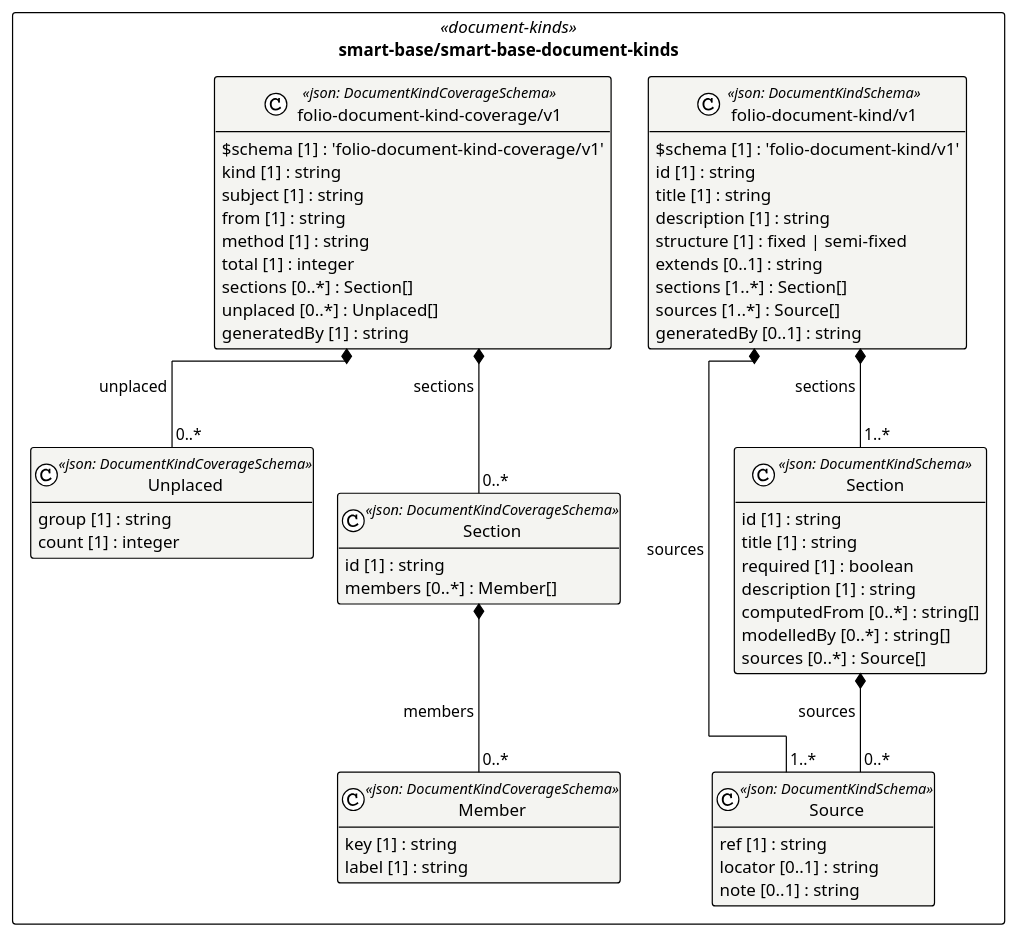
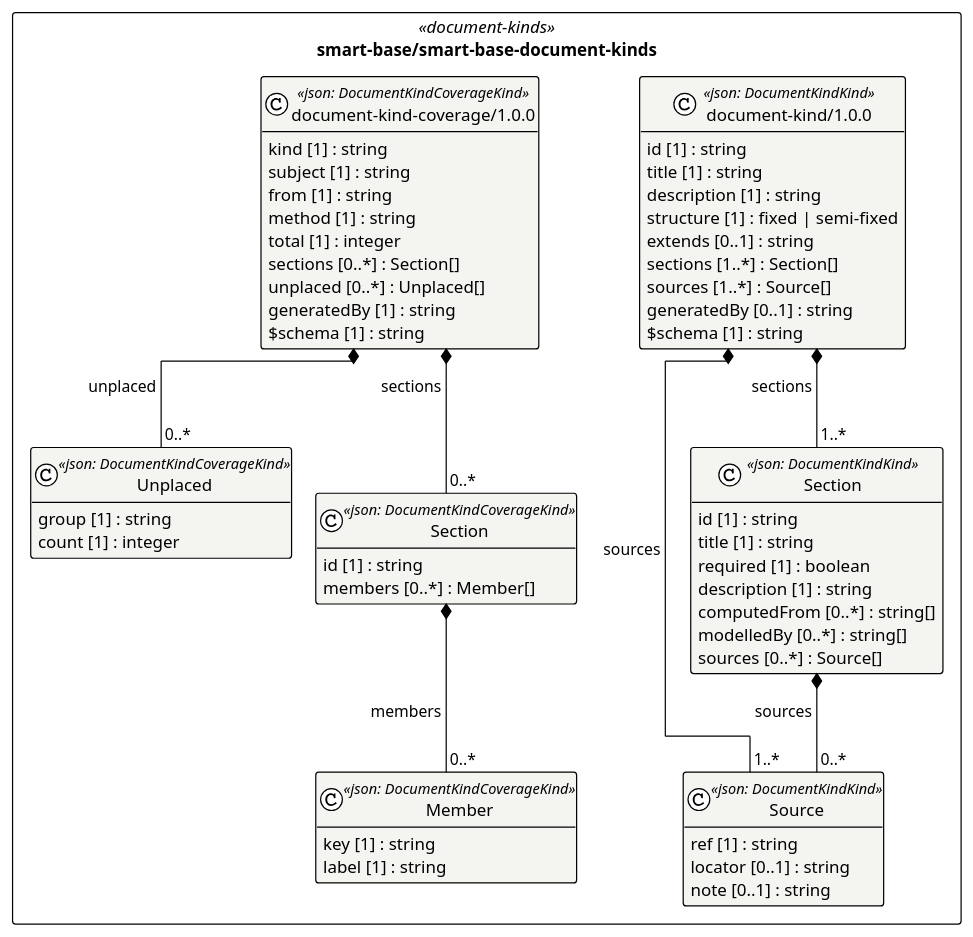
One commit to litlfred/folio-assistant changed the diagram in cat-harness/uml/overview/smart-base/smart-base-document-kinds.puml. Above: the diagram before and after it, drawn with PlantUML. The commit also changed 54 other files, not shown here.

```diff
--- a/cat-harness/uml/overview/smart-base/smart-base-document-kinds.puml
+++ b/cat-harness/uml/overview/smart-base/smart-base-document-kinds.puml
@@ -3,66 +3,66 @@
 @startuml smart_base_smart_base_document_kinds
 !pragma layout elk
 !theme plain
 skinparam classAttributeIconSize 0
 skinparam shadowing false
 skinparam packageStyle rectangle
 hide empty methods
 
 package "smart-base/smart-base-document-kinds" as pkg_smart_base_smart_base_document_kinds <<document-kinds>> {
-  class "Source" as smart_base_smart_base_document_kinds_folio_document_kind_v1_Source <<json: DocumentKindSchema>> #f4f4f1 {
+  class "Source" as smart_base_smart_base_document_kinds_document_kind_1_0_0_Source <<json: DocumentKindKind>> #f4f4f1 {
     ref [1] : string
     locator [0..1] : string
     note [0..1] : string
   }
-  class "Section" as smart_base_smart_base_document_kinds_folio_document_kind_v1_Section <<json: DocumentKindSchema>> #f4f4f1 {
+  class "Section" as smart_base_smart_base_document_kinds_document_kind_1_0_0_Section <<json: DocumentKindKind>> #f4f4f1 {
     id [1] : string
     title [1] : string
     required [1] : boolean
     description [1] : string
     computedFrom [0..*] : string[]
     modelledBy [0..*] : string[]
     sources [0..*] : Source[]
   }
-  class "folio-document-kind/v1" as smart_base_smart_base_document_kinds_folio_document_kind_v1_folio_document_kind_v1 <<json: DocumentKindSchema>> #f4f4f1 {
-    $schema [1] : 'folio-document-kind/v1'
+  class "document-kind/1.0.0" as smart_base_smart_base_document_kinds_document_kind_1_0_0_document_kind_1_0_0 <<json: DocumentKindKind>> #f4f4f1 {
     id [1] : string
     title [1] : string
     description [1] : string
     structure [1] : fixed | semi-fixed
     extends [0..1] : string
     sections [1..*] : Section[]
     sources [1..*] : Source[]
     generatedBy [0..1] : string
+    $schema [1] : string
   }
-  class "Member" as smart_base_smart_base_document_kinds_folio_document_kind_coverage_v1_Member <<json: DocumentKindCoverageSchema>> #f4f4f1 {
+  class "Member" as smart_base_smart_base_document_kinds_document_kind_coverage_1_0_0_Member <<json: DocumentKindCoverageKind>> #f4f4f1 {
     key [1] : string
     label [1] : string
   }
-  class "Section" as smart_base_smart_base_document_kinds_folio_document_kind_coverage_v1_Section <<json: DocumentKindCoverageSchema>> #f4f4f1 {
+  class "Section" as smart_base_smart_base_document_kinds_document_kind_coverage_1_0_0_Section <<json: DocumentKindCoverageKind>> #f4f4f1 {
     id [1] : string
     members [0..*] : Member[]
   }
-  class "Unplaced" as smart_base_smart_base_document_kinds_folio_document_kind_coverage_v1_Unplaced <<json: DocumentKindCoverageSchema>> #f4f4f1 {
+  class "Unplaced" as smart_base_smart_base_document_kinds_document_kind_coverage_1_0_0_Unplaced <<json: DocumentKindCoverageKind>> #f4f4f1 {
     group [1] : string
     count [1] : integer
   }
-  class "folio-document-kind-coverage/v1" as smart_base_smart_base_document_kinds_folio_document_kind_coverage_v1_folio_document_kind_coverage_v1 <<json: DocumentKindCoverageSchema>> #f4f4f1 {
-    $schema [1] : 'folio-document-kind-coverage/v1'
+  class "document-kind-coverage/1.0.0" as smart_base_smart_base_document_kinds_document_kind_coverage_1_0_0_document_kind_coverage_1_0_0 <<json: DocumentKindCoverageKind>> #f4f4f1 {
     kind [1] : string
     subject [1] : string
     from [1] : string
     method [1] : string
     total [1] : integer
     sections [0..*] : Section[]
     unplaced [0..*] : Unplaced[]
     generatedBy [1] : string
+    $schema [1] : string
   }
 }
 
-smart_base_smart_base_document_kinds_folio_document_kind_v1_Section *-- "0..*" smart_base_smart_base_document_kinds_folio_document_kind_v1_Source : sources
-smart_base_smart_base_document_kinds_folio_document_kind_v1_folio_document_kind_v1 *-- "1..*" smart_base_smart_base_document_kinds_folio_document_kind_v1_Section : sections
-smart_base_smart_base_document_kinds_folio_document_kind_v1_folio_document_kind_v1 *-- "1..*" smart_base_smart_base_document_kinds_folio_document_kind_v1_Source : sources
-smart_base_smart_base_document_kinds_folio_document_kind_coverage_v1_Section *-- "0..*" smart_base_smart_base_document_kinds_folio_document_kind_coverage_v1_Member : members
-smart_base_smart_base_document_kinds_folio_document_kind_coverage_v1_folio_document_kind_coverage_v1 *-- "0..*" smart_base_smart_base_document_kinds_folio_document_kind_coverage_v1_Section : sections
-smart_base_smart_base_document_kinds_folio_document_kind_coverage_v1_folio_document_kind_coverage_v1 *-- "0..*" smart_base_smart_base_document_kinds_folio_document_kind_coverage_v1_Unplaced : unplaced
+smart_base_smart_base_document_kinds_document_kind_1_0_0_Section *-- "0..*" smart_base_smart_base_document_kinds_document_kind_1_0_0_Source : sources
+smart_base_smart_base_document_kinds_document_kind_1_0_0_document_kind_1_0_0 *-- "1..*" smart_base_smart_base_document_kinds_document_kind_1_0_0_Section : sections
+smart_base_smart_base_document_kinds_document_kind_1_0_0_document_kind_1_0_0 *-- "1..*" smart_base_smart_base_document_kinds_document_kind_1_0_0_Source : sources
+smart_base_smart_base_document_kinds_document_kind_coverage_1_0_0_Section *-- "0..*" smart_base_smart_base_document_kinds_document_kind_coverage_1_0_0_Member : members
+smart_base_smart_base_document_kinds_document_kind_coverage_1_0_0_document_kind_coverage_1_0_0 *-- "0..*" smart_base_smart_base_document_kinds_document_kind_coverage_1_0_0_Section : sections
+smart_base_smart_base_document_kinds_document_kind_coverage_1_0_0_document_kind_coverage_1_0_0 *-- "0..*" smart_base_smart_base_document_kinds_document_kind_coverage_1_0_0_Unplaced : unplaced
 @enduml
```
